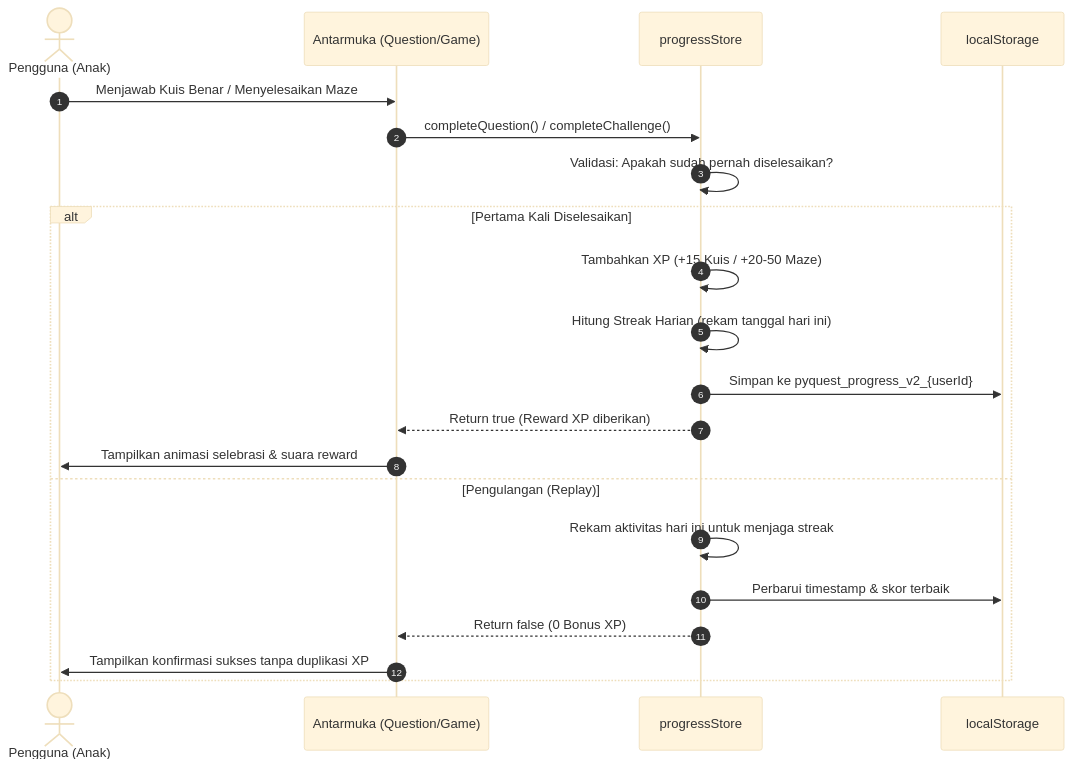
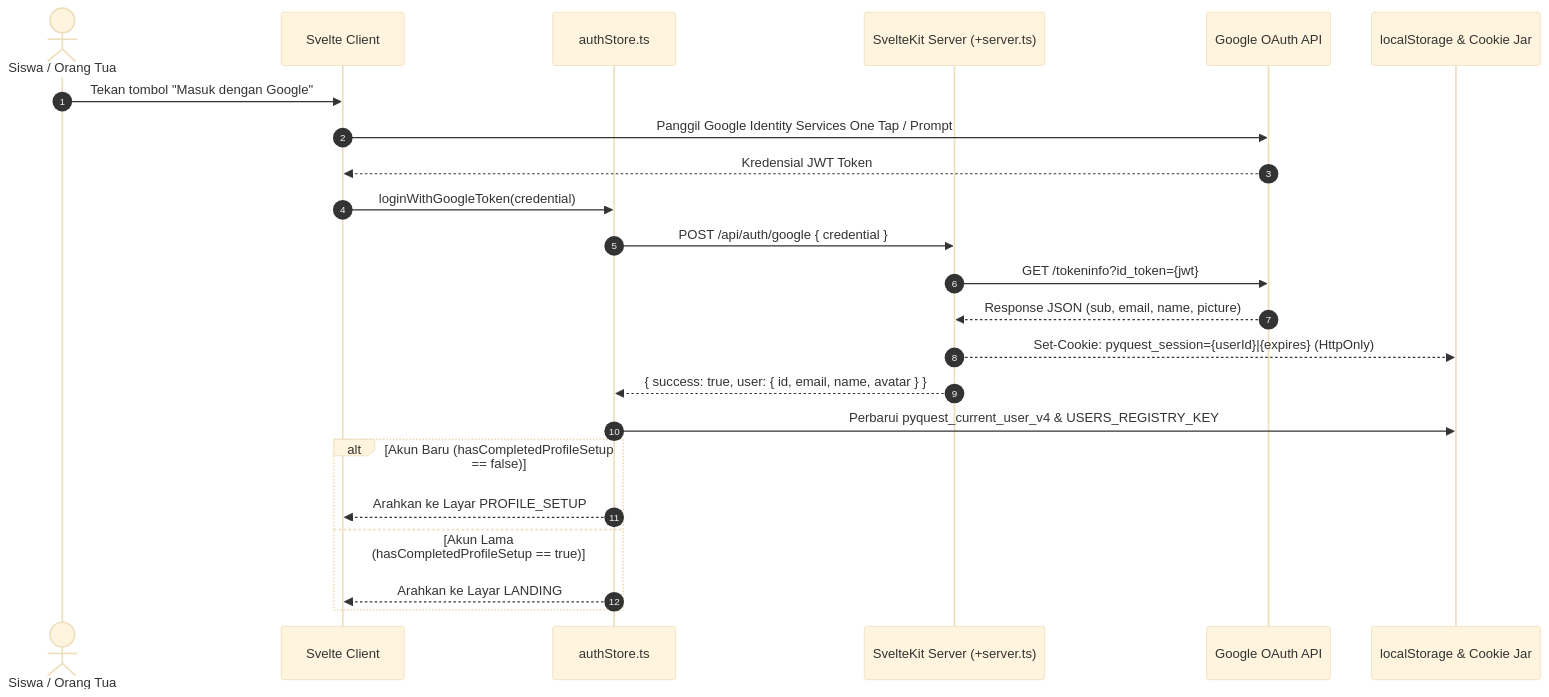
Before and after one commit to usamah-io/pyquest: the third of 6 diagrams in docs/ARCHITECTURE.md, drawn with Mermaid (base theme). The commit also changed other lines of this file and 4 other files, not shown here.

Commit message:
docs: complete technical documentation and lightweight coding game tutorial

````diff
--- a/docs/ARCHITECTURE.md
+++ b/docs/ARCHITECTURE.md
@@ -103,24 +188,27 @@
 ```mermaid
 sequenceDiagram
     autonumber
-    actor Anak as Pengguna (Anak)
-    participant UI as Antarmuka (Question/Game)
-    participant Store as progressStore
-    participant Storage as localStorage
+    actor Pengguna as Siswa / Orang Tua
+    participant ClientUI as Svelte Client
+    participant AuthStore as authStore.ts
+    participant ServerRoute as SvelteKit Server (+server.ts)
+    participant GoogleAPI as Google OAuth API
+    participant BrowserStorage as localStorage & Cookie Jar
 
-    Anak->>UI: Menjawab Kuis Benar / Menyelesaikan Maze
-    UI->>Store: completeQuestion() / completeChallenge()
-    Store->>Store: Validasi: Apakah sudah pernah diselesaikan?
-    alt Pertama Kali Diselesaikan
-        Store->>Store: Tambahkan XP (+15 Kuis / +20-50 Maze)
-        Store->>Store: Hitung Streak Harian (rekam tanggal hari ini)
-        Store->>Storage: Simpan ke pyquest_progress_v2_{userId}
-        Store-->>UI: Return true (Reward XP diberikan)
-        UI->>Anak: Tampilkan animasi selebrasi & suara reward
-    else Pengulangan (Replay)
-        Store->>Store: Rekam aktivitas hari ini untuk menjaga streak
-        Store->>Storage: Perbarui timestamp & skor terbaik
-        Store-->>UI: Return false (0 Bonus XP)
-        UI->>Anak: Tampilkan konfirmasi sukses tanpa duplikasi XP
+    Pengguna->>ClientUI: Tekan tombol "Masuk dengan Google"
+    ClientUI->>GoogleAPI: Panggil Google Identity Services One Tap / Prompt
+    GoogleAPI-->>ClientUI: Kredensial JWT Token
+    ClientUI->>AuthStore: loginWithGoogleToken(credential)
+    AuthStore->>ServerRoute: POST /api/auth/google { credential }
+    ServerRoute->>GoogleAPI: GET /tokeninfo?id_token={jwt}
+    GoogleAPI-->>ServerRoute: Response JSON (sub, email, name, picture)
+    ServerRoute-->>BrowserStorage: Set-Cookie: pyquest_session={userId}|{expires} (HttpOnly)
+    ServerRoute-->>AuthStore: { success: true, user: { id, email, name, avatar } }
+    AuthStore->>BrowserStorage: Perbarui pyquest_current_user_v4 & USERS_REGISTRY_KEY
+    
+    alt Akun Baru (hasCompletedProfileSetup == false)
+        AuthStore-->>ClientUI: Arahkan ke Layar PROFILE_SETUP
+    else Akun Lama (hasCompletedProfileSetup == true)
+        AuthStore-->>ClientUI: Arahkan ke Layar LANDING
     end
 ```
````
